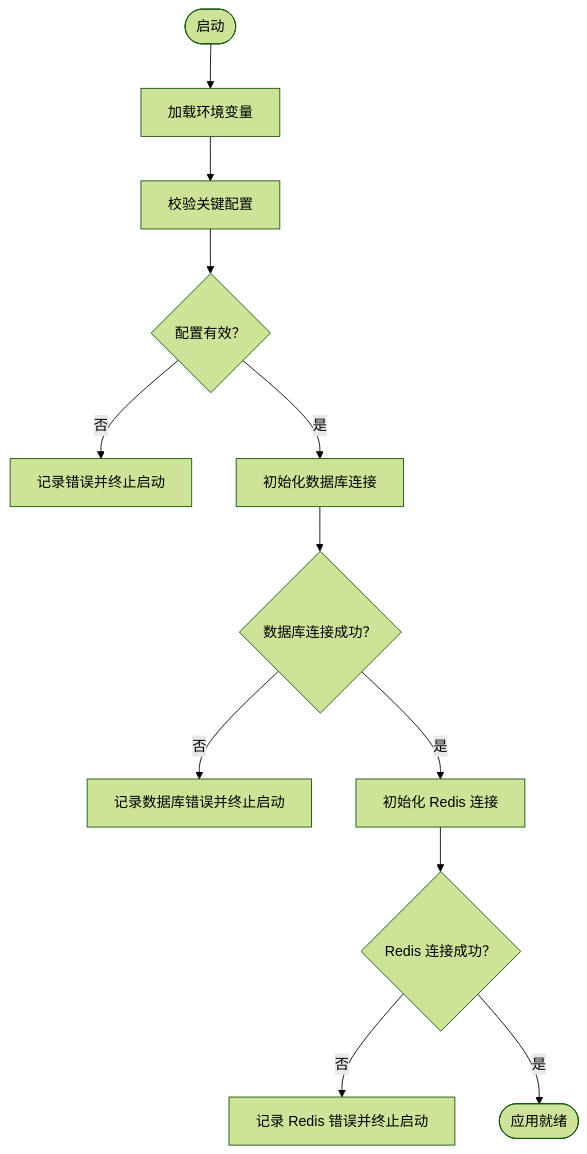
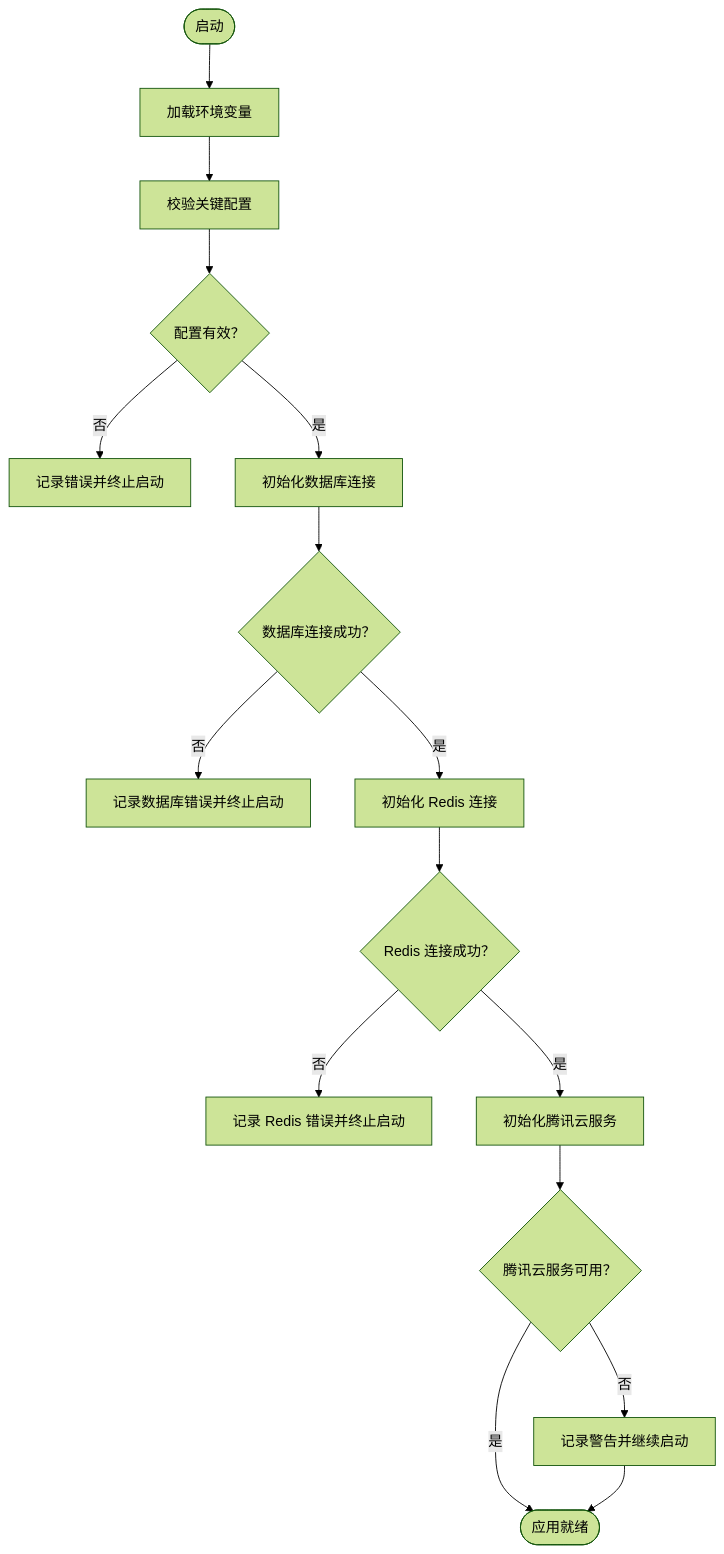
The fourth of 4 diagrams in .qoder/repowiki/zh/content/部署配置/环境配置管理.md (rc558620/purelyprofit-server), drawn with Mermaid (forest theme) before and after one commit. The commit also changed other lines of this file and 56 other files, not shown here.

````diff
--- a/.qoder/repowiki/zh/content/部署配置/环境配置管理.md
+++ b/.qoder/repowiki/zh/content/部署配置/环境配置管理.md
@@ -360,14 +504,18 @@
 ```mermaid
 flowchart TD
 Start(["启动"]) --> LoadEnv["加载环境变量"]
 LoadEnv --> ValidateCfg["校验关键配置"]
 ValidateCfg --> CfgOK{"配置有效？"}
 CfgOK --> |否| LogErr["记录错误并终止启动"]
 CfgOK --> |是| InitDB["初始化数据库连接"]
 InitDB --> DBOK{"数据库连接成功？"}
 DBOK --> |否| LogDBErr["记录数据库错误并终止启动"]
 DBOK --> |是| InitRedis["初始化 Redis 连接"]
 InitRedis --> RedisOK{"Redis 连接成功？"}
 RedisOK --> |否| LogRedisErr["记录 Redis 错误并终止启动"]
-RedisOK --> |是| Ready(["应用就绪"])
+RedisOK --> |是| InitTencent["初始化腾讯云服务"]
+InitTencent --> TencentOK{"腾讯云服务可用？"}
+TencentOK --> |否| LogTencentWarn["记录警告并继续启动"]
+TencentOK --> |是| Ready(["应用就绪"])
+LogTencentWarn --> Ready
 ```
````
